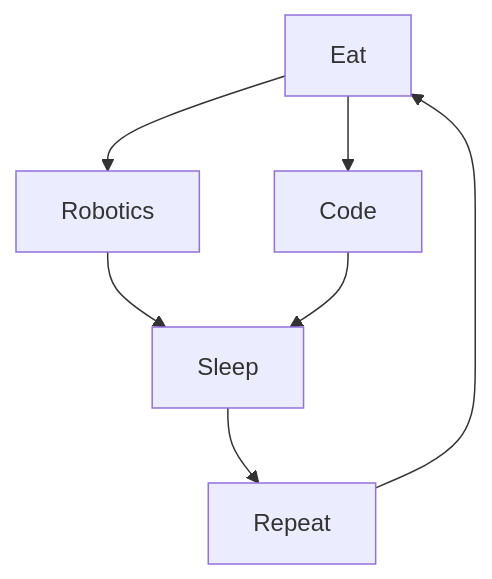
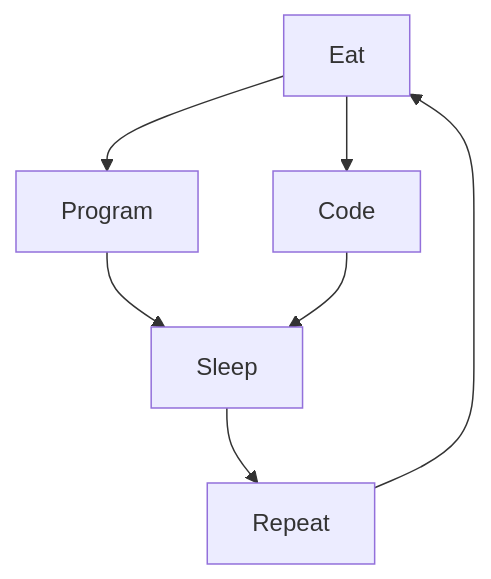
The diagram in Readme.md (AwesomeMarley/AwesomeMarley), drawn with Mermaid before and after one commit.

````diff
--- a/Readme.md
+++ b/Readme.md
@@ -5,9 +5,9 @@
 ```mermaid
 graph TD;
-    Eat-->Robotics;
-    Robotics-->Sleep;
+    Eat-->Program;
+    Program-->Sleep;
     Eat-->Code;
     Code-->Sleep;
     Sleep-->Repeat;
     Repeat-->Eat;
 ```
````
